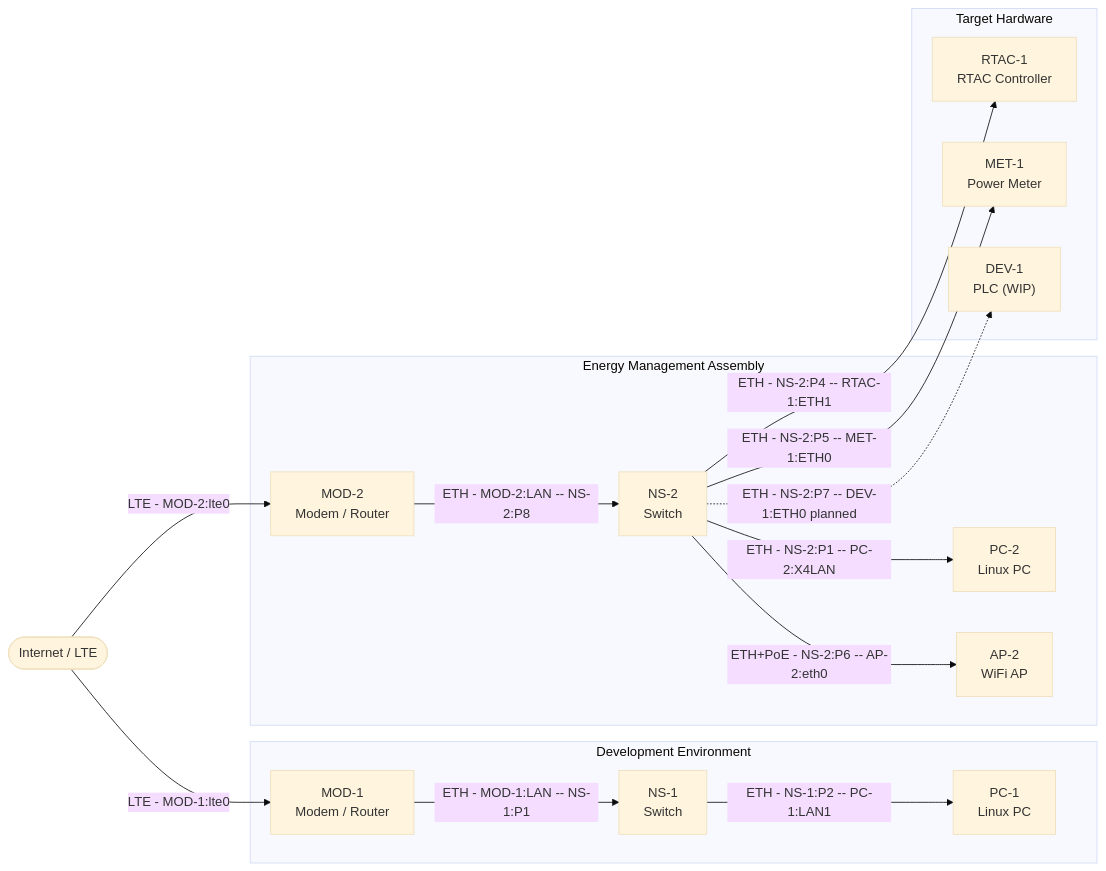
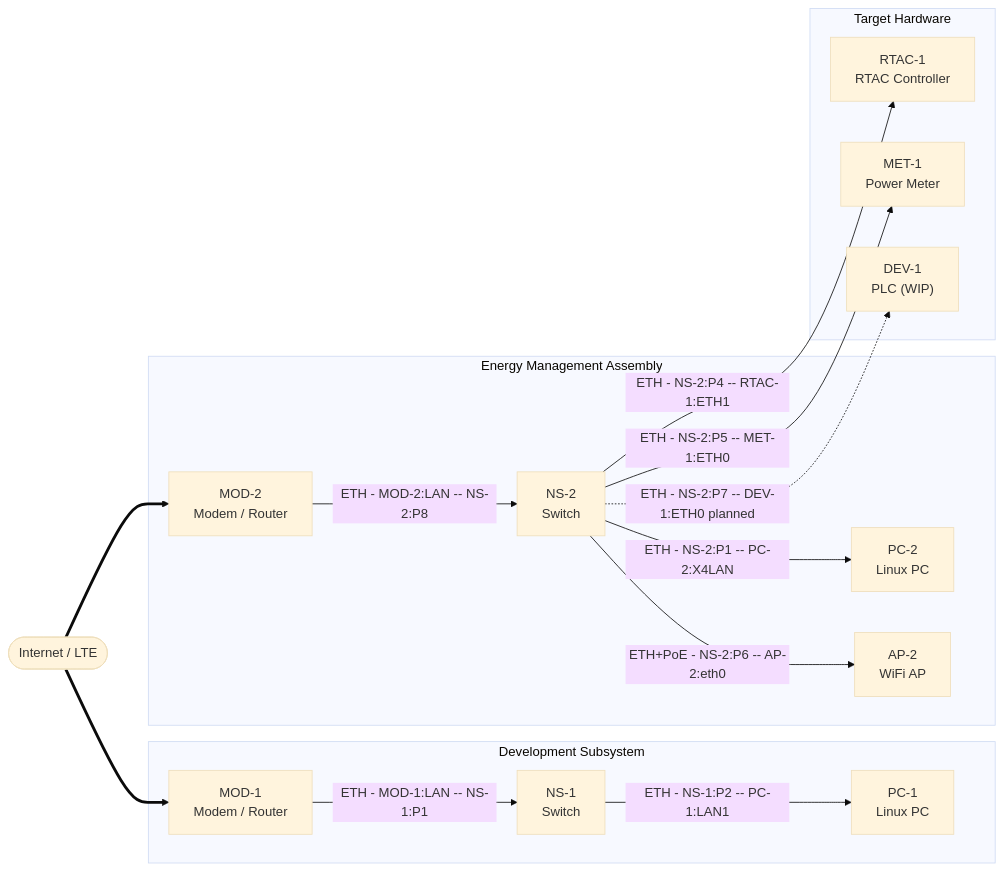
Before and after one commit to chadmholcomb/homelab1913: the diagram in README.md, drawn with Mermaid (base theme). The commit also changed other lines of this file and 13 other files, not shown here.

````diff
--- a/README.md
+++ b/README.md
@@ -9,36 +9,36 @@
 ```mermaid
 graph LR
     WAN(["Internet / LTE"])
 
-    subgraph DEV["Development Environment"]
+    subgraph DEV["Development Subsystem"]
         MOD1["MOD-1\nModem / Router"]
         NS1["NS-1\nSwitch"]
         PC1["PC-1\nLinux PC"]
     end
 
     subgraph EMA["Energy Management Assembly"]
         MOD2["MOD-2\nModem / Router"]
         NS2["NS-2\nSwitch"]
         PC2["PC-2\nLinux PC"]
         AP2["AP-2\nWiFi AP"]
     end
 
     subgraph TGT["Target Hardware"]
         RTAC1["RTAC-1\nRTAC Controller"]
         MET1["MET-1\nPower Meter"]
         DEV1["DEV-1\nPLC (WIP)"]
     end
 
-    WAN -->|"LTE - MOD-1:lte0"| MOD1
-    WAN -->|"LTE - MOD-2:lte0"| MOD2
+    WAN ==> MOD1
+    WAN ==> MOD2
     MOD1 -->|"ETH - MOD-1:LAN -- NS-1:P1"| NS1
     NS1 -->|"ETH - NS-1:P2 -- PC-1:LAN1"| PC1
     MOD2 -->|"ETH - MOD-2:LAN -- NS-2:P8"| NS2
     NS2 -->|"ETH - NS-2:P1 -- PC-2:X4LAN"| PC2
     NS2 -->|"ETH - NS-2:P4 -- RTAC-1:ETH1"| RTAC1
     NS2 -->|"ETH - NS-2:P5 -- MET-1:ETH0"| MET1
     NS2 -->|"ETH+PoE - NS-2:P6 -- AP-2:eth0"| AP2
     NS2 -.->|"ETH - NS-2:P7 -- DEV-1:ETH0 planned"| DEV1
 
 
 ```
````
